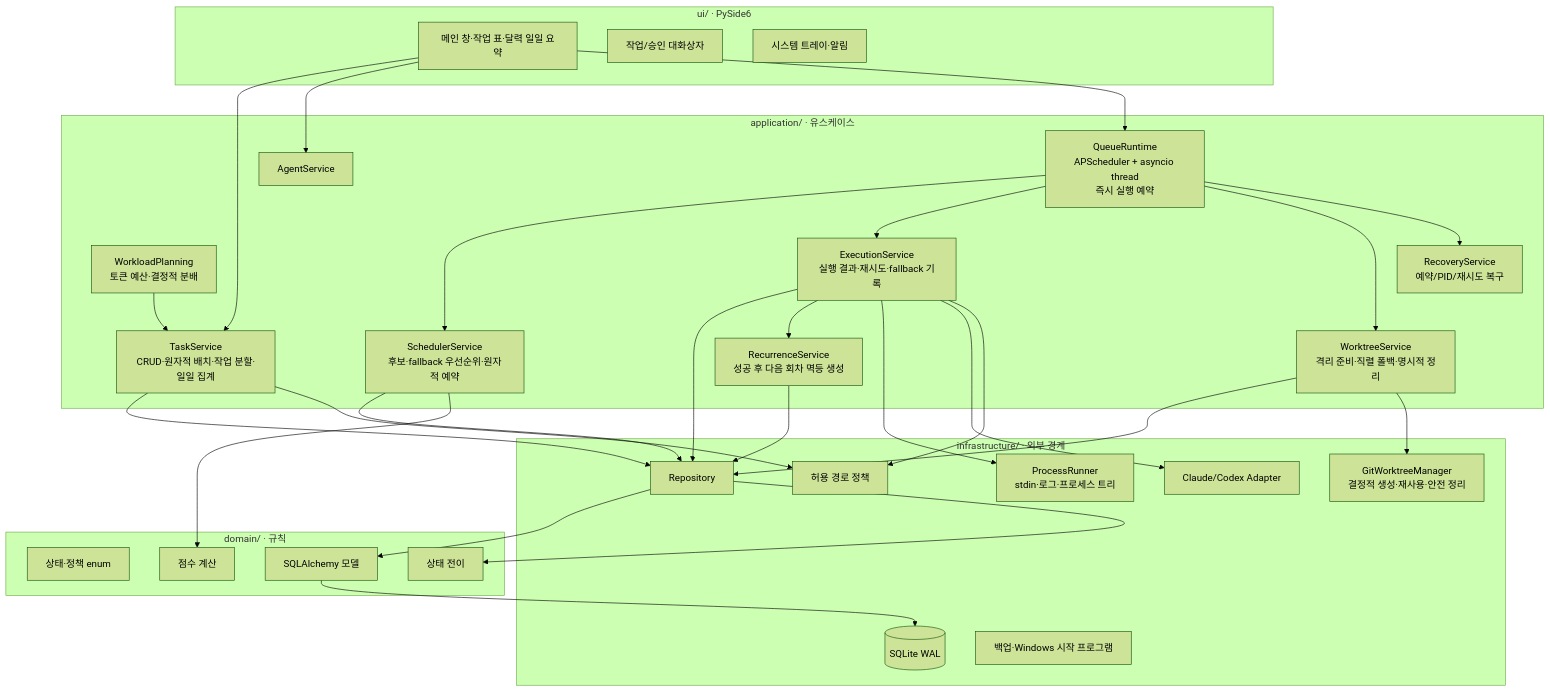
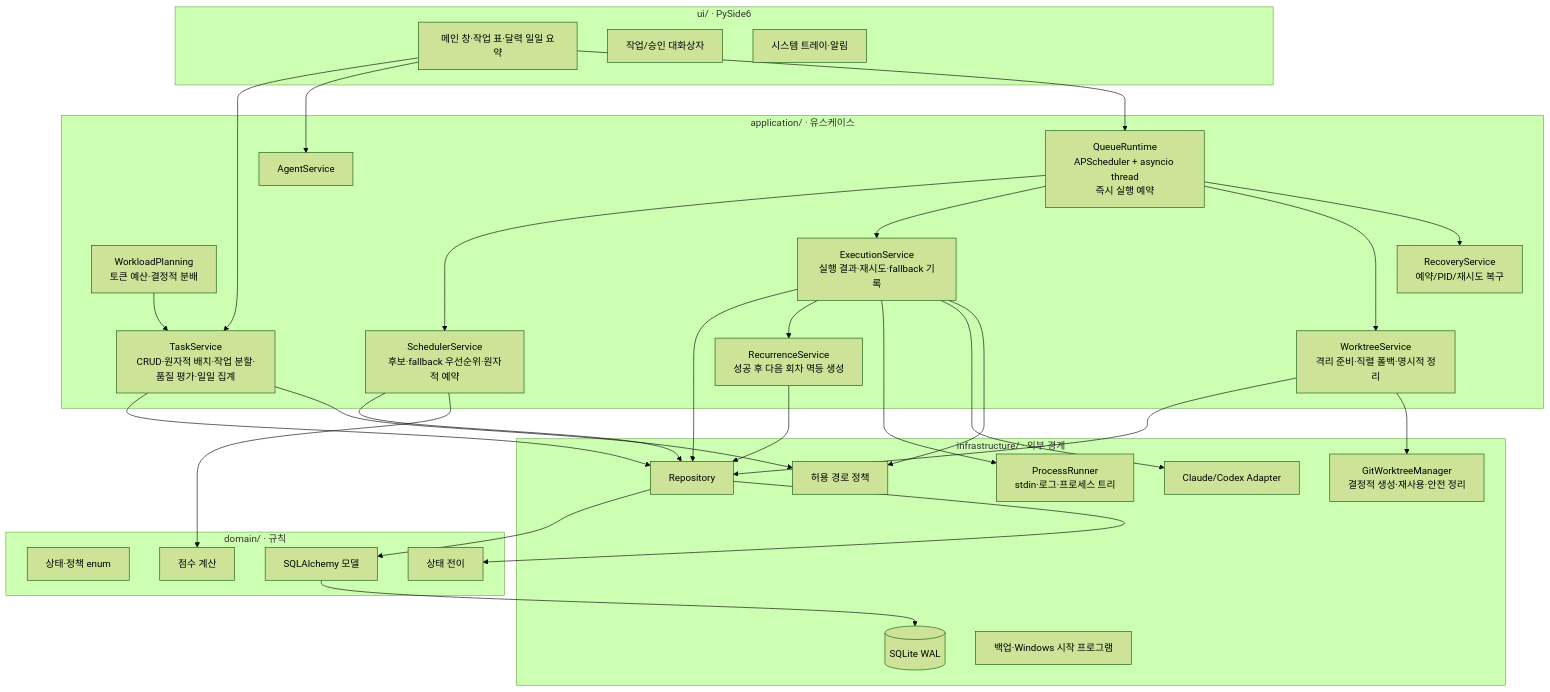
The first of 4 diagrams in ai-queue-runner/docs/ARCHITECTURE.md (jasonwpgml/AQR), drawn with Mermaid (forest theme) before and after one commit. The commit also changed other lines of this file and 18 other files, not shown here.

````diff
--- a/ai-queue-runner/docs/ARCHITECTURE.md
+++ b/ai-queue-runner/docs/ARCHITECTURE.md
@@ -7,59 +7,59 @@
 ```mermaid
 flowchart TB
     subgraph UI["ui/ · PySide6"]
         MW[메인 창·작업 표·달력 일일 요약]
         DLG[작업/승인 대화상자]
         TRAY[시스템 트레이·알림]
     end
 
     subgraph APP["application/ · 유스케이스"]
-        TASK[TaskService\nCRUD·원자적 배치·작업 분할·일일 집계]
+        TASK[TaskService\nCRUD·원자적 배치·작업 분할·품질 평가·일일 집계]
         PLAN[WorkloadPlanning\n토큰 예산·결정적 분배]
         AGENT[AgentService]
         RUNTIME[QueueRuntime\nAPScheduler + asyncio thread\n즉시 실행 예약]
         SCHED[SchedulerService\n후보·fallback 우선순위·원자적 예약]
         EXEC[ExecutionService\n실행 결과·재시도·fallback 기록]
         WORKTREE[WorktreeService\n격리 준비·직렬 폴백·명시적 정리]
         RECUR[RecurrenceService\n성공 후 다음 회차 멱등 생성]
         RECOV[RecoveryService\n예약/PID/재시도 복구]
     end
 
     subgraph DOMAIN["domain/ · 규칙"]
         ENUM[상태·정책 enum]
         TRANS[상태 전이]
         SCORE[점수 계산]
         MODEL[SQLAlchemy 모델]
     end
 
     subgraph INFRA["infrastructure/ · 외부 경계"]
         REPO[Repository]
         DB[(SQLite WAL)]
         PROC[ProcessRunner\nstdin·로그·프로세스 트리]
         ADAPTER[Claude/Codex Adapter]
         POLICY[허용 경로 정책]
         GIT[GitWorktreeManager\n결정적 생성·재사용·안전 정리]
         OPS[백업·Windows 시작 프로그램]
     end
 
     MW --> TASK
     MW --> AGENT
     MW --> RUNTIME
     RUNTIME --> SCHED
     RUNTIME --> EXEC
     RUNTIME --> WORKTREE
     RUNTIME --> RECOV
     SCHED --> REPO
     SCHED --> SCORE
     EXEC --> REPO
     EXEC --> RECUR --> REPO
     EXEC --> PROC
     EXEC --> ADAPTER
     EXEC --> POLICY
     WORKTREE --> REPO
     WORKTREE --> GIT
     TASK --> REPO
     PLAN --> TASK
     TASK --> POLICY
     REPO --> MODEL --> DB
     REPO --> TRANS
 ```
````
